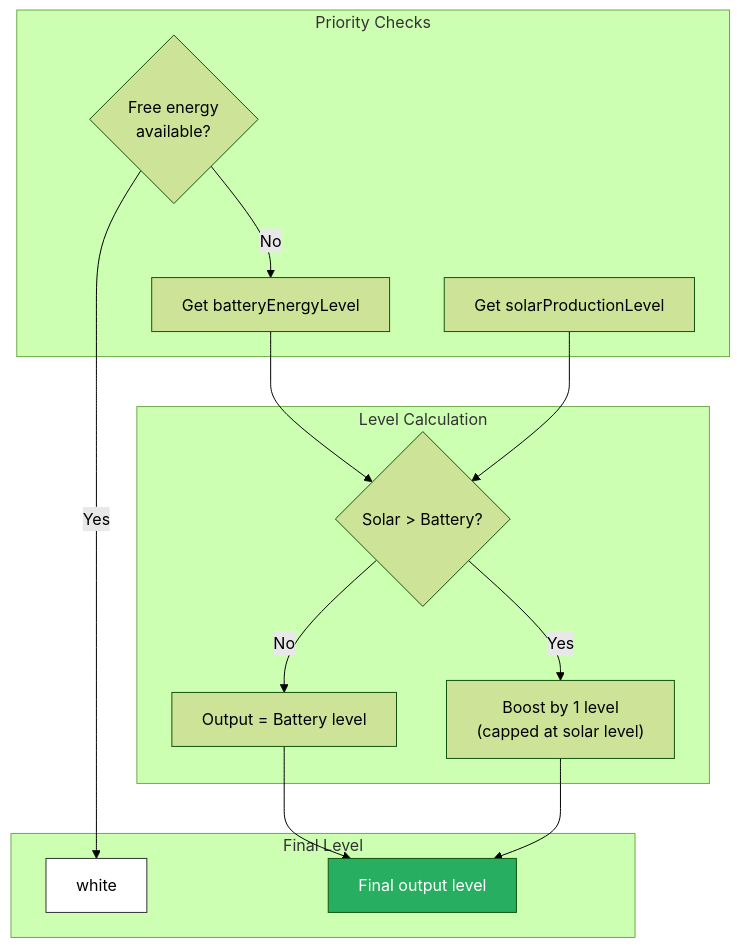
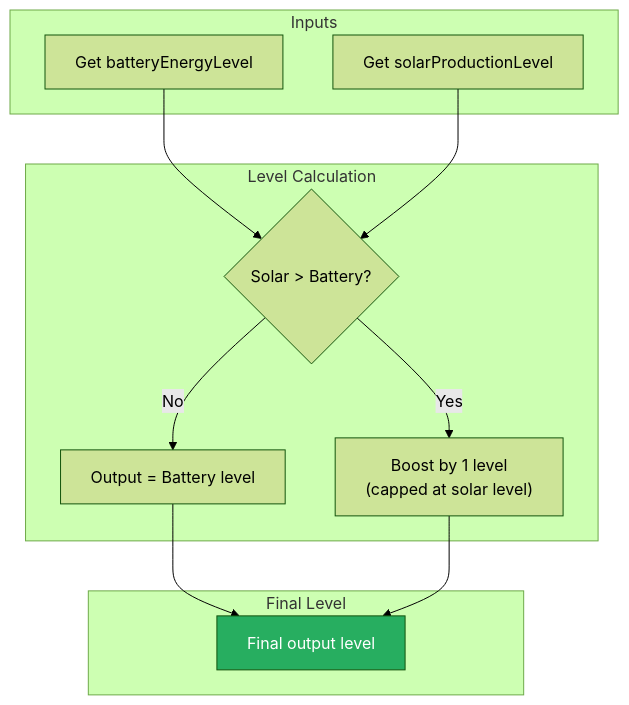
Before and after one commit to NickBorgers/home-automation: the second of 5 diagrams in docs/flows/ENERGY_MANAGEMENT.md, drawn with Mermaid (forest theme). The commit also changed other lines of this file and 18 other files, not shown here.

Commit message:
fix: remove scheduled free grid energy

````diff
--- a/docs/flows/ENERGY_MANAGEMENT.md
+++ b/docs/flows/ENERGY_MANAGEMENT.md
@@ -62,31 +58,26 @@
 ```mermaid
 flowchart TD
-    subgraph Check["Priority Checks"]
-        freeCheck{"Free energy<br/>available?"}
+    subgraph Inputs["Inputs"]
         battLevel["Get batteryEnergyLevel"]
         solarLevel["Get solarProductionLevel"]
     end
 
     subgraph Calculate["Level Calculation"]
         compare{"Solar > Battery?"}
         useBase["Output = Battery level"]
         boost["Boost by 1 level<br/>(capped at solar level)"]
     end
 
     subgraph Result["Final Level"]
-        white["white"]
         calculated["Final output level"]
     end
 
-    freeCheck -->|Yes| white
-    freeCheck -->|No| battLevel
     battLevel --> compare
     solarLevel --> compare
     compare -->|No| useBase
     compare -->|Yes| boost
     useBase --> calculated
     boost --> calculated
 
-    style white fill:#fff,stroke:#333
     style calculated fill:#27ae60,color:#fff
 ```
````
